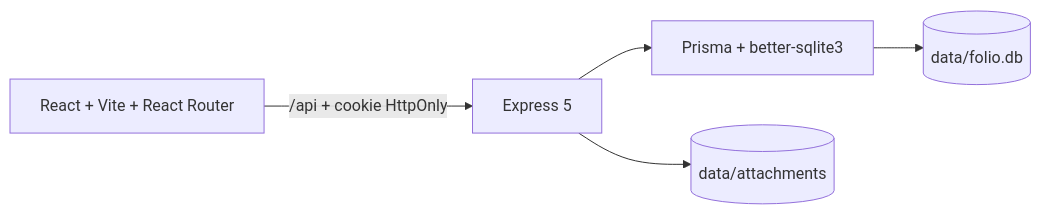
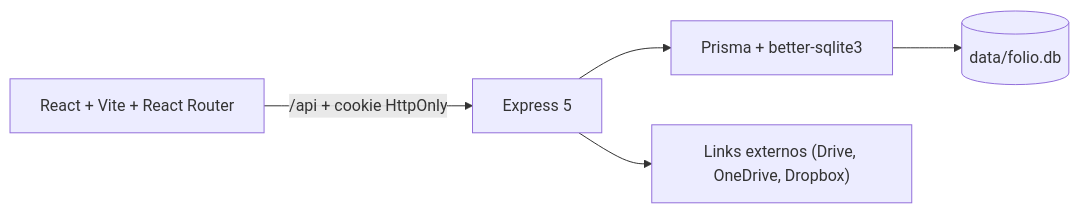
Before and after one commit to TersanPlay/solid-memory: the diagram in README.md, drawn with Mermaid. The commit also changed other lines of this file and 17 other files, not shown here.

Commit message:
feat: replace file attachments with external document links

````diff
--- a/README.md
+++ b/README.md
@@ -48,7 +48,7 @@
 ```mermaid
 flowchart LR
     Browser["React + Vite + React Router"] -->|"/api + cookie HttpOnly"| Express["Express 5"]
     Express --> Prisma["Prisma + better-sqlite3"]
     Prisma --> SQLite[("data/folio.db")]
-    Express --> Files[("data/attachments")]
+    Express --> External["Links externos (Drive, OneDrive, Dropbox)"]
 ```
````
